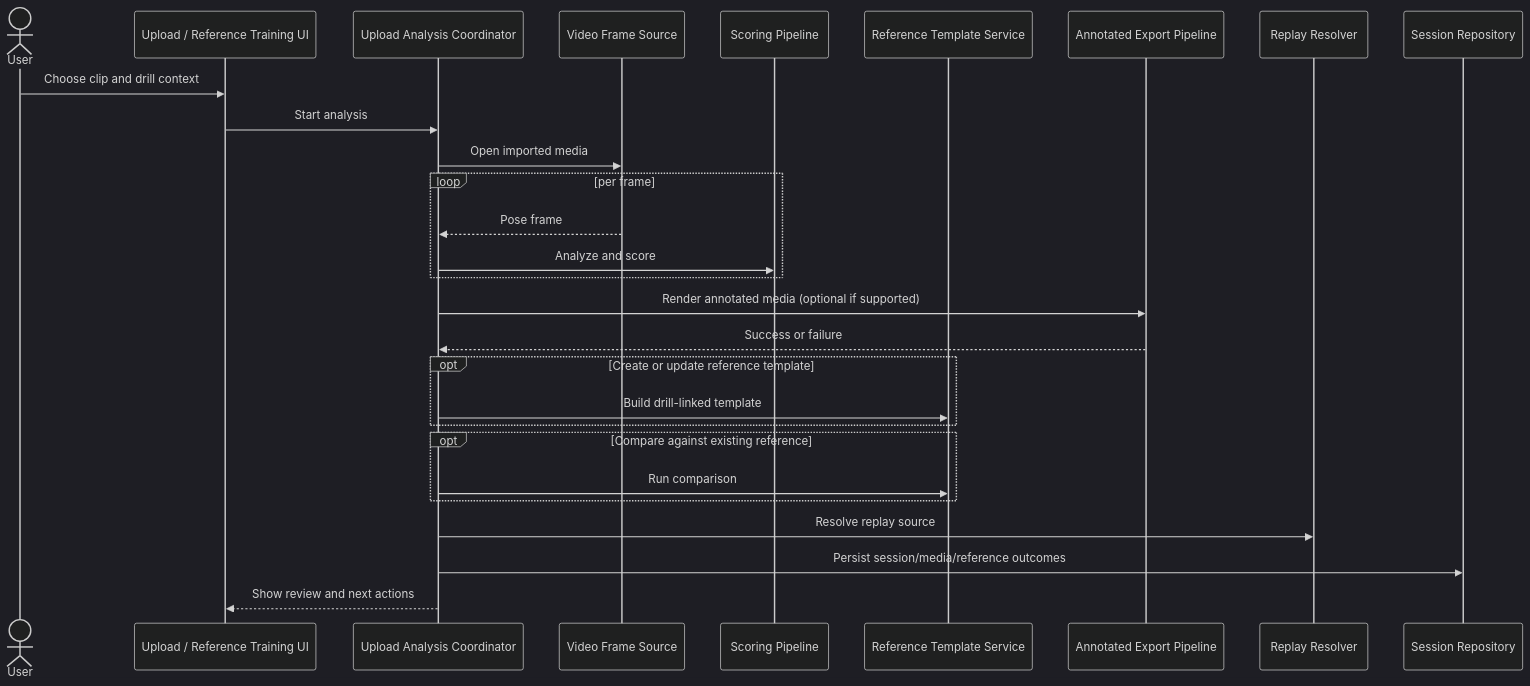
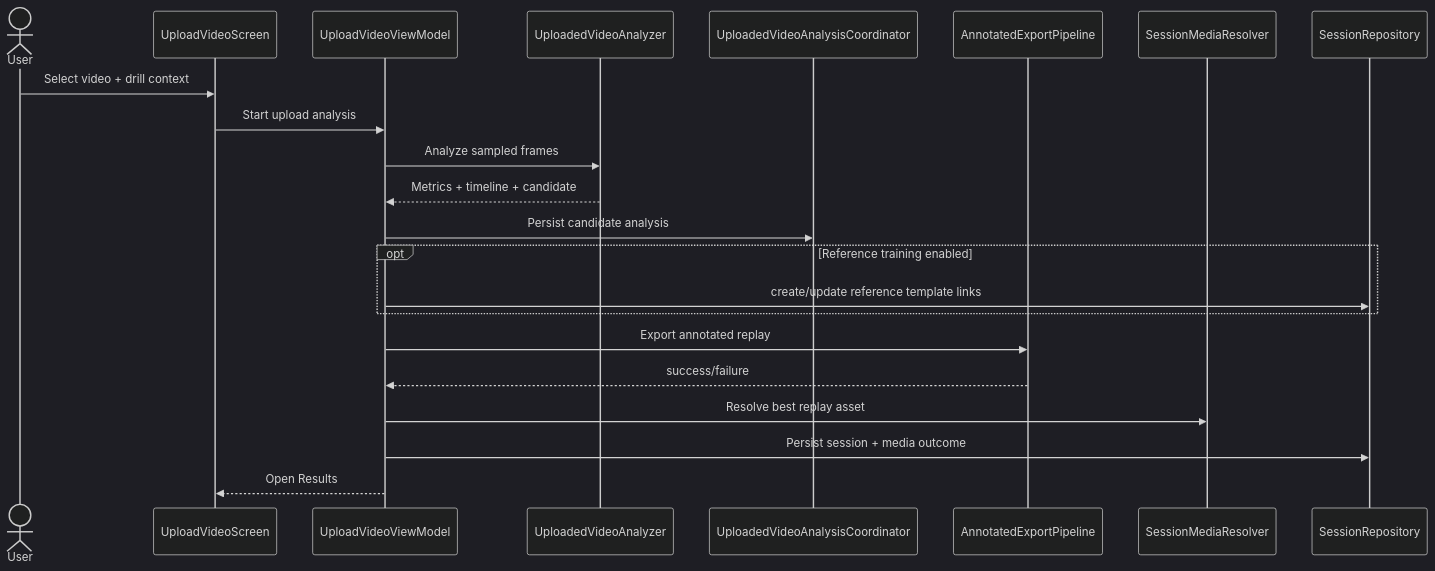
Before and after one commit to Voycepeh/CaliVision: the diagram in docs/diagrams/sequence-import-analysis.md, drawn with Mermaid (dark theme). The commit also changed other lines of this file and 16 other files, not shown here.

````diff
--- a/docs/diagrams/sequence-import-analysis.md
+++ b/docs/diagrams/sequence-import-analysis.md
@@ -3,31 +3,27 @@
 ```mermaid
 sequenceDiagram
     actor User
-    participant UI as Upload / Reference Training UI
-    participant COORD as Upload Analysis Coordinator
-    participant SRC as Video Frame Source
-    participant SCORE as Scoring Pipeline
-    participant REF as Reference Template Service
-    participant EXP as Annotated Export Pipeline
-    participant RES as Replay Resolver
-    participant REPO as Session Repository
+    participant UI as UploadVideoScreen
+    participant VM as UploadVideoViewModel
+    participant Analyzer as UploadedVideoAnalyzer
+    participant Coordinator as UploadedVideoAnalysisCoordinator
+    participant Export as AnnotatedExportPipeline
+    participant Resolver as SessionMediaResolver
+    participant Repo as SessionRepository
 
-    User->>UI: Choose clip and drill context
-    UI->>COORD: Start analysis
-    COORD->>SRC: Open imported media
-    loop per frame
-      SRC-->>COORD: Pose frame
-      COORD->>SCORE: Analyze and score
+    User->>UI: Select video + drill context
+    UI->>VM: Start upload analysis
+    VM->>Analyzer: Analyze sampled frames
+    Analyzer-->>VM: Metrics + timeline + candidate
+    VM->>Coordinator: Persist candidate analysis
+
+    opt Reference training enabled
+      VM->>Repo: create/update reference template links
     end
-    COORD->>EXP: Render annotated media (optional if supported)
-    EXP-->>COORD: Success or failure
-    opt Create or update reference template
-      COORD->>REF: Build drill-linked template
-    end
-    opt Compare against existing reference
-      COORD->>REF: Run comparison
-    end
-    COORD->>RES: Resolve replay source
-    COORD->>REPO: Persist session/media/reference outcomes
-    COORD-->>UI: Show review and next actions
+
+    VM->>Export: Export annotated replay
+    Export-->>VM: success/failure
+    VM->>Resolver: Resolve best replay asset
+    VM->>Repo: Persist session + media outcome
+    VM-->>UI: Open Results
 ```
````
